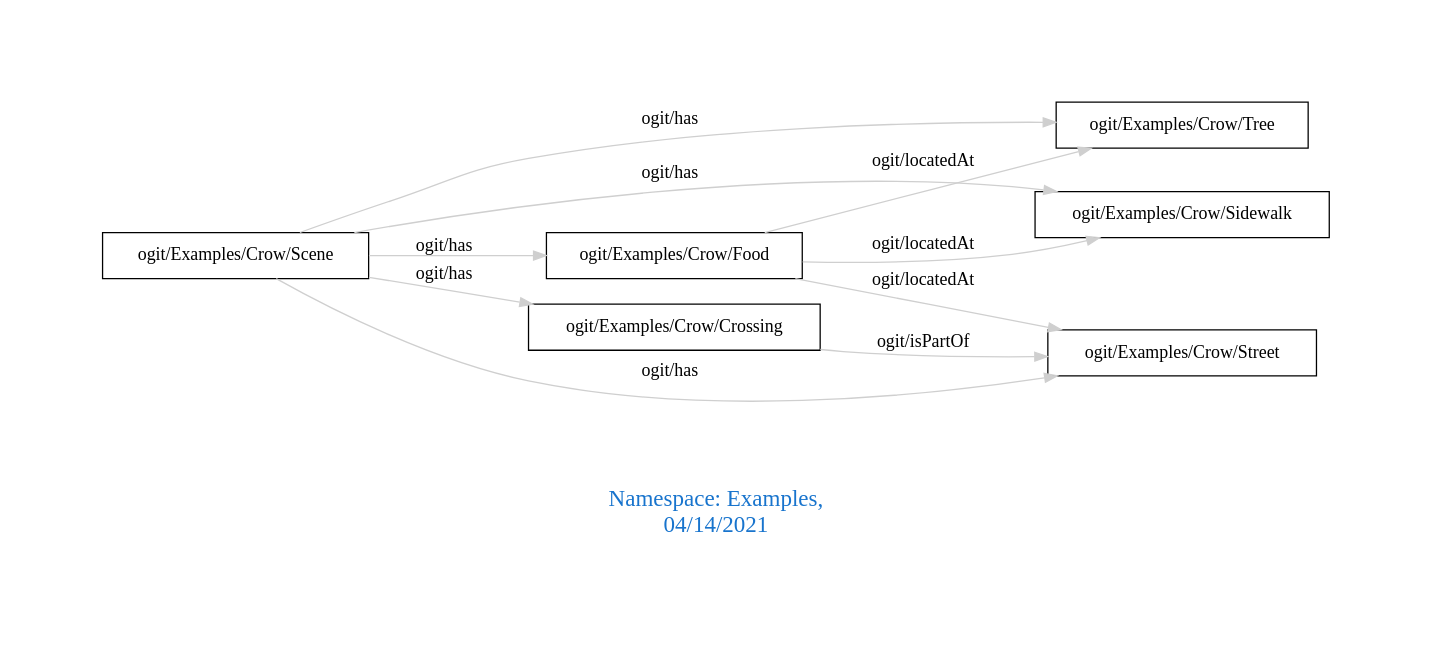
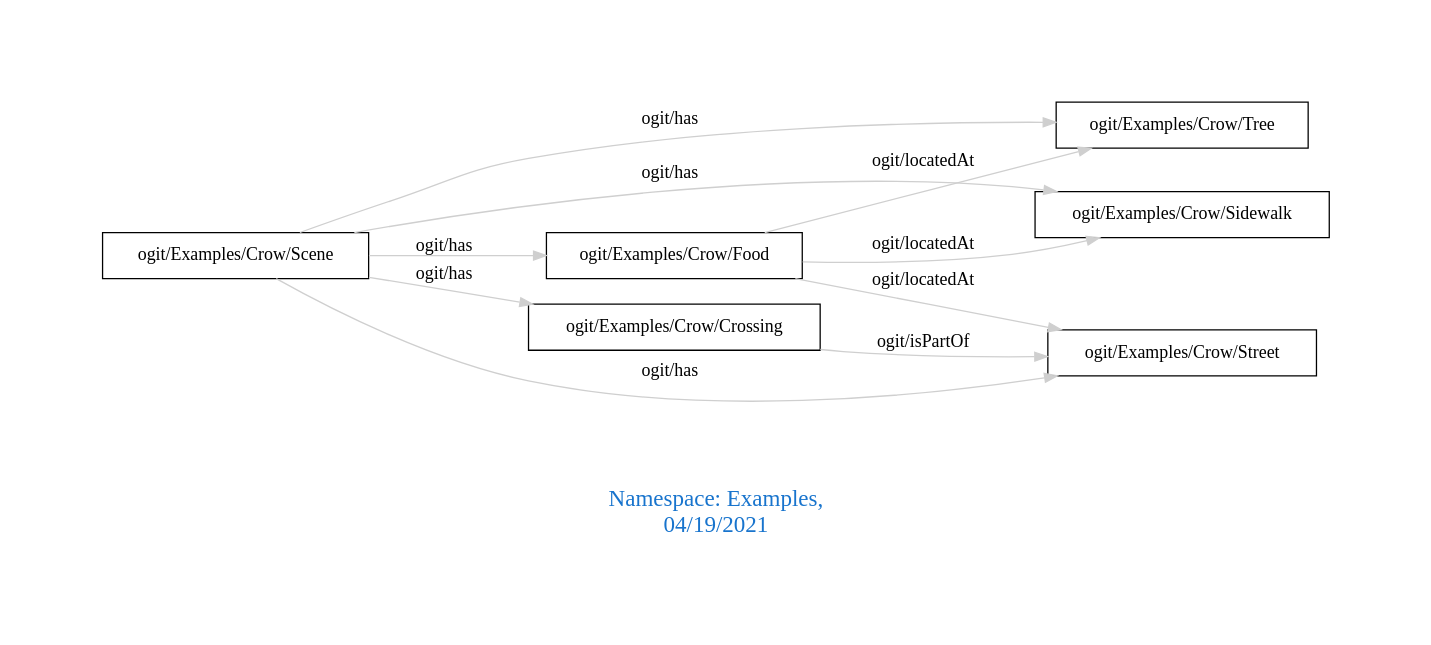
One commit to arago/OGIT changed the diagram in downloads/Examples.dot. Above: the diagram before and after it, drawn with Graphviz. The commit also changed 1895 other files, not shown here.

```diff
--- a/downloads/Examples.dot
+++ b/downloads/Examples.dot
@@ -1,17 +1,17 @@
 digraph OGIT_ontology {
  graph [ rankdir= LR,pad=1 
 fontsize = 18,
-fontcolor= dodgerblue3,label = "\n\n\nNamespace: Examples, \n 04/14/2021"];
+fontcolor= dodgerblue3,label = "\n\n\nNamespace: Examples, \n 04/19/2021"];
 node[shape=polygon];
 edge [  color="gray81"];
 
    "ogit/Examples/Crow/Food" -> "ogit/Examples/Crow/Tree" [label="   ogit/locatedAt    "];
    "ogit/Examples/Crow/Food" -> "ogit/Examples/Crow/Street" [label="   ogit/locatedAt    "];
    "ogit/Examples/Crow/Food" -> "ogit/Examples/Crow/Sidewalk" [label="   ogit/locatedAt    "];
    "ogit/Examples/Crow/Scene" -> "ogit/Examples/Crow/Food" [label="   ogit/has    "];
    "ogit/Examples/Crow/Scene" -> "ogit/Examples/Crow/Tree" [label="   ogit/has    "];
    "ogit/Examples/Crow/Scene" -> "ogit/Examples/Crow/Street" [label="   ogit/has    "];
    "ogit/Examples/Crow/Scene" -> "ogit/Examples/Crow/Crossing" [label="   ogit/has    "];
    "ogit/Examples/Crow/Scene" -> "ogit/Examples/Crow/Sidewalk" [label="   ogit/has    "];
    "ogit/Examples/Crow/Crossing" -> "ogit/Examples/Crow/Street" [label="   ogit/isPartOf    "];
 }
```
